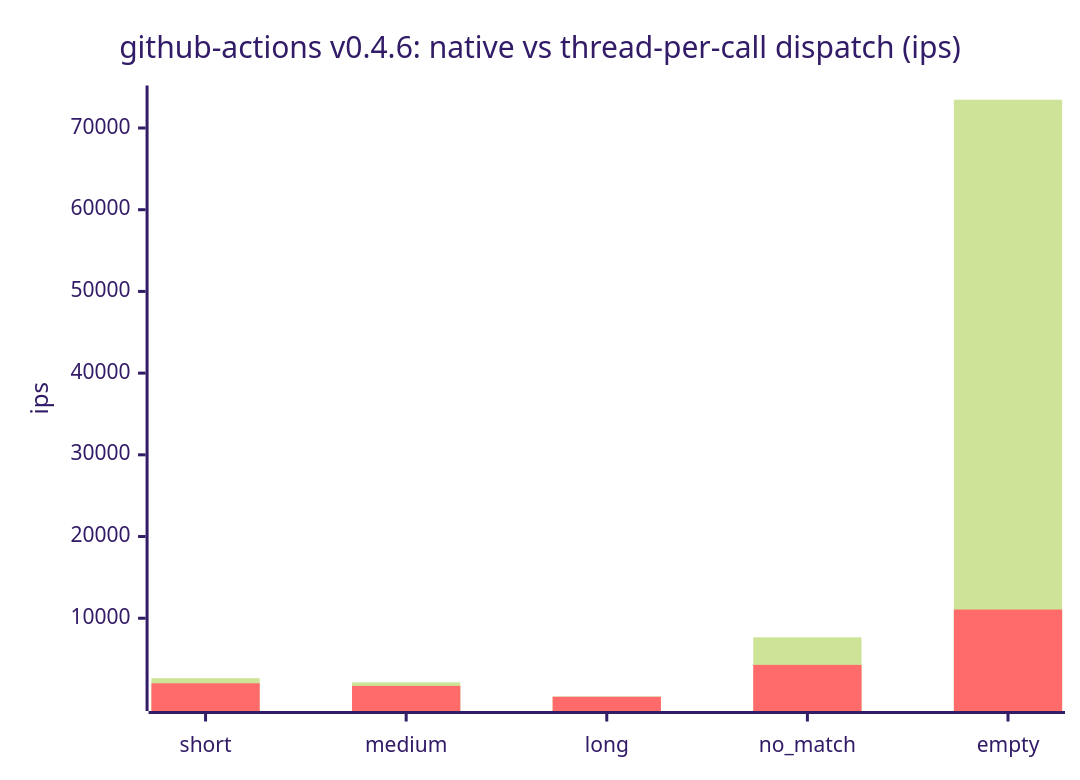
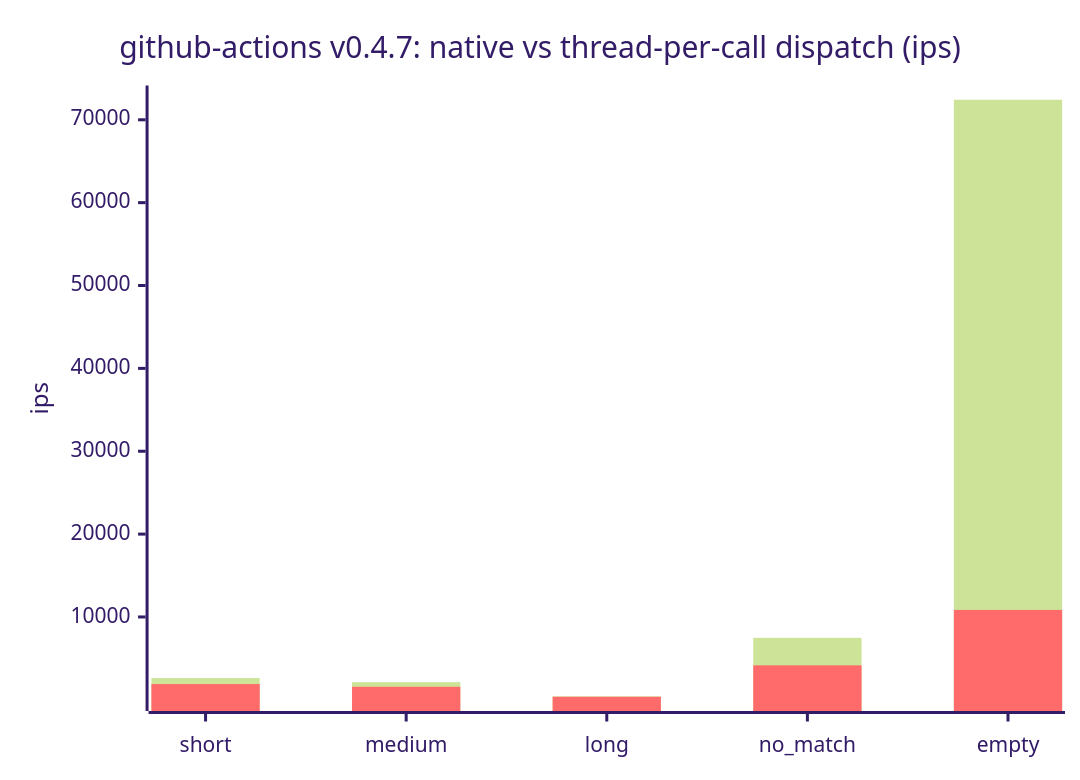
The first of 7 diagrams in docs/benchmarks/README.md (cpb/duckling), drawn with Mermaid (forest theme) before and after one commit. The commit also changed other lines of this file and 1 other file, not shown here.

Commit message:
Record github-actions benchmark results for 0.4.7 (#153)

````diff
--- a/docs/benchmarks/README.md
+++ b/docs/benchmarks/README.md
@@ -54,8 +54,8 @@
 ```mermaid
 xychart-beta
-    title "github-actions v0.4.6: native vs thread-per-call dispatch (ips)"
+    title "github-actions v0.4.7: native vs thread-per-call dispatch (ips)"
     x-axis [short, medium, long, no_match, empty]
     y-axis "ips"
-    bar "native" [2661.5, 2157.3, 418.2, 7667.5, 73457.5]
-    bar "thread-per-call" [2037.9, 1718.9, 390.6, 4293.6, 11063.1]
+    bar "native" [2624.9, 2132.7, 415.6, 7485.5, 72419.3]
+    bar "thread-per-call" [1902.1, 1573.5, 371.1, 4162.9, 10849.2]
 ```
````
